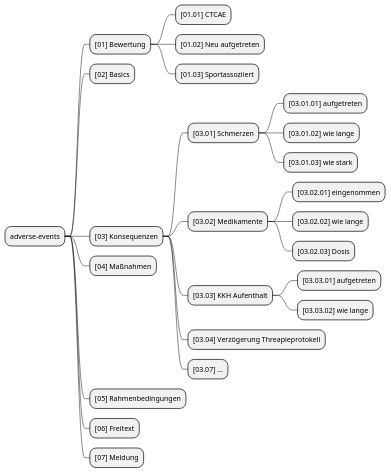
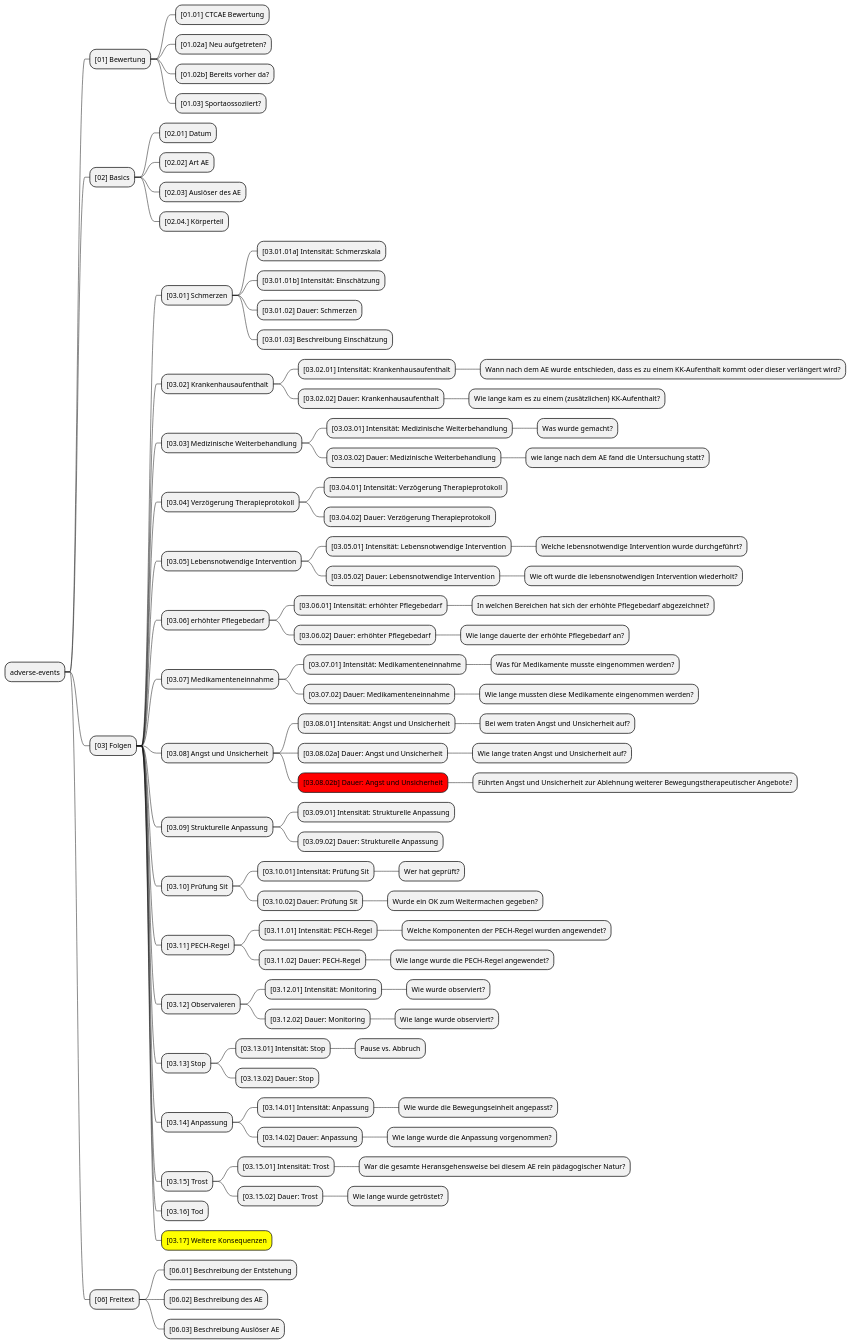
The diagram in docs/uml/test.puml (smeisegeier/sport-adverse-events), drawn with PlantUML before and after one commit. The commit also changed 9 other files, not shown here.

Commit message:
data update, committed uml changes

```diff
--- a/docs/uml/test.puml
+++ b/docs/uml/test.puml
@@ -1,28 +1,94 @@
 @startmindmap test
 
 + adverse-events
 ++ [01] Bewertung
-+++ [01.01] CTCAE
-+++ [01.02] Neu aufgetreten
-+++ [01.03] Sportassoziiert
++++ [01.01] CTCAE Bewertung
++++ [01.02a] Neu aufgetreten?
++++ [01.02b] Bereits vorher da?
++++ [01.03] Sportaossoziiert?
 ++ [02] Basics
-++ [03] Konsequenzen
++++ [02.01] Datum
++++ [02.02] Art AE
++++ [02.03] Auslöser des AE
++++ [02.04.] Körperteil
+++ [03] Folgen
 +++ [03.01] Schmerzen
-++++ [03.01.01] aufgetreten
-++++ [03.01.02] wie lange
-++++ [03.01.03] wie stark
-+++ [03.02] Medikamente
-++++ [03.02.01] eingenommen
-++++ [03.02.02] wie lange
-++++ [03.02.03] Dosis
-+++ [03.03] KKH Aufenthalt
-++++ [03.03.01] aufgetreten
-++++ [03.03.02] wie lange
-+++ [03.04] Verzögerung Threapieprotokell
-+++ [03.07] ...
-++ [04] Maßnahmen
-++ [05] Rahmenbedingungen
+++++ [03.01.01a] Intensität: Schmerzskala
+++++ [03.01.01b] Intensität: Einschätzung
+++++ [03.01.02] Dauer: Schmerzen
+++++ [03.01.03] Beschreibung Einschätzung
++++ [03.02] Krankenhausaufenthalt
+++++ [03.02.01] Intensität: Krankenhausaufenthalt
++++++ Wann nach dem AE wurde entschieden, dass es zu einem KK-Aufenthalt kommt oder dieser verlängert wird?
+++++ [03.02.02] Dauer: Krankenhausaufenthalt
++++++ Wie lange kam es zu einem (zusätzlichen) KK-Aufenthalt?
++++ [03.03] Medizinische Weiterbehandlung
+++++ [03.03.01] Intensität: Medizinische Weiterbehandlung
++++++ Was wurde gemacht?
+++++ [03.03.02] Dauer: Medizinische Weiterbehandlung
++++++ wie lange nach dem AE fand die Untersuchung statt?
++++ [03.04] Verzögerung Therapieprotokoll
+++++ [03.04.01] Intensität: Verzögerung Therapieprotokoll
+++++ [03.04.02] Dauer: Verzögerung Therapieprotokoll
++++ [03.05] Lebensnotwendige Intervention
+++++ [03.05.01] Intensität: Lebensnotwendige Intervention
++++++ Welche lebensnotwendige Intervention wurde durchgeführt?
+++++ [03.05.02] Dauer: Lebensnotwendige Intervention
++++++ Wie oft wurde die lebensnotwendigen Intervention wiederholt?
++++ [03.06] erhöhter Pflegebedarf
+++++ [03.06.01] Intensität: erhöhter Pflegebedarf
++++++ In welchen Bereichen hat sich der erhöhte Pflegebedarf abgezeichnet?
+++++ [03.06.02] Dauer: erhöhter Pflegebedarf
++++++ Wie lange dauerte der erhöhte Pflegebedarf an?
++++ [03.07] Medikamenteneinnahme
+++++ [03.07.01] Intensität: Medikamenteneinnahme
++++++ Was für Medikamente musste eingenommen werden?
+++++ [03.07.02] Dauer: Medikamenteneinnahme
++++++ Wie lange mussten diese Medikamente eingenommen werden?
++++ [03.08] Angst und Unsicherheit
+++++ [03.08.01] Intensität: Angst und Unsicherheit
++++++ Bei wem traten Angst und Unsicherheit auf?
+++++ [03.08.02a] Dauer: Angst und Unsicherheit
++++++ Wie lange traten Angst und Unsicherheit auf?
+++++[#Red] [03.08.02b] Dauer: Angst und Unsicherheit
++++++ Führten Angst und Unsicherheit zur Ablehnung weiterer Bewegungstherapeutischer Angebote?
++++ [03.09] Strukturelle Anpassung
+++++ [03.09.01] Intensität: Strukturelle Anpassung
+++++ [03.09.02] Dauer: Strukturelle Anpassung
++++ [03.10] Prüfung Sit
+++++ [03.10.01] Intensität: Prüfung Sit
++++++ Wer hat geprüft?
+++++ [03.10.02] Dauer: Prüfung Sit
++++++ Wurde ein OK zum Weitermachen gegeben?
++++ [03.11] PECH-Regel
+++++ [03.11.01] Intensität: PECH-Regel
++++++ Welche Komponenten der PECH-Regel wurden angewendet?
+++++ [03.11.02] Dauer: PECH-Regel
++++++ Wie lange wurde die PECH-Regel angewendet?
++++ [03.12] Observaieren
+++++ [03.12.01] Intensität: Monitoring
++++++ Wie wurde observiert?
+++++ [03.12.02] Dauer: Monitoring
++++++ Wie lange wurde observiert?
++++ [03.13] Stop
+++++ [03.13.01] Intensität: Stop
++++++ Pause vs. Abbruch
+++++ [03.13.02] Dauer: Stop
++++ [03.14] Anpassung
+++++ [03.14.01] Intensität: Anpassung
++++++ Wie wurde die Bewegungseinheit angepasst?
+++++ [03.14.02] Dauer: Anpassung
++++++ Wie lange wurde die Anpassung vorgenommen?
++++ [03.15] Trost
+++++ [03.15.01] Intensität: Trost
++++++ War die gesamte Heransgehensweise bei diesem AE rein pädagogischer Natur?
+++++ [03.15.02] Dauer: Trost
++++++ Wie lange wurde getröstet?
++++ [03.16] Tod
++++[#Yellow] [03.17] Weitere Konsequenzen
 ++ [06] Freitext
-++ [07] Meldung
++++ [06.01] Beschreibung der Entstehung
++++ [06.02] Beschreibung des AE
++++ [06.03] Beschreibung Auslöser AE
 
 @endmindmap
```
